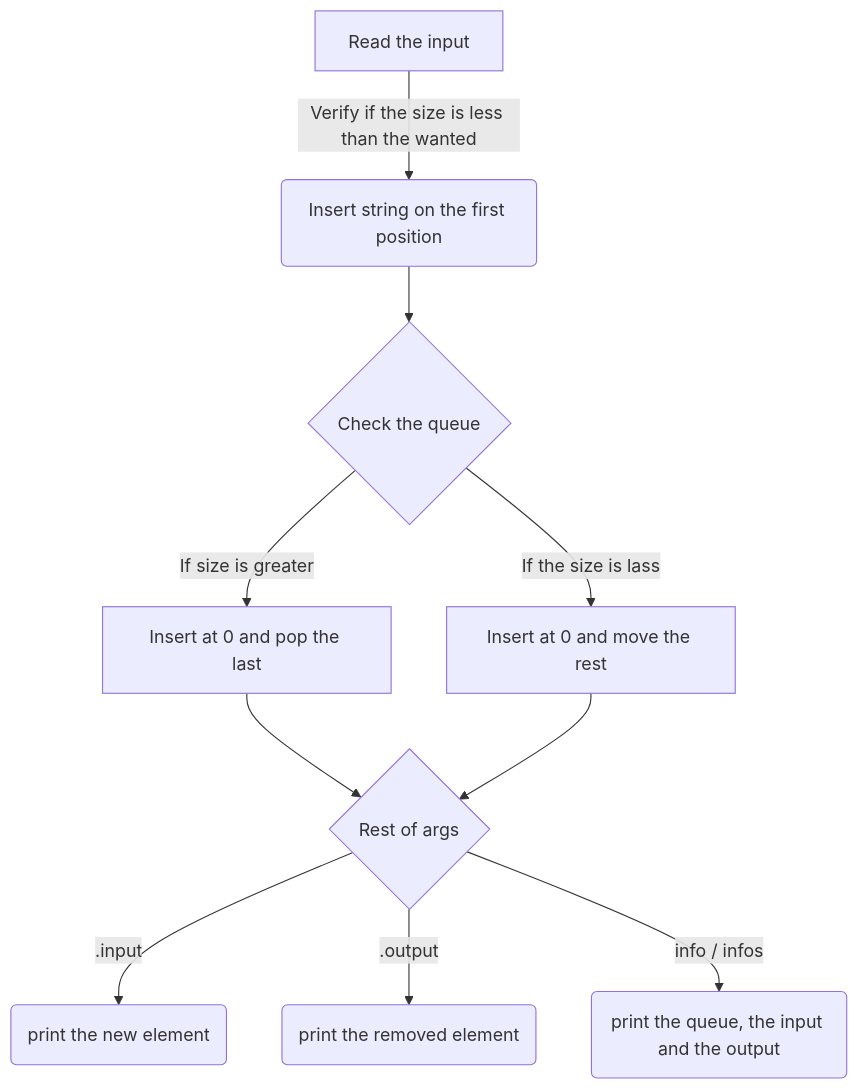
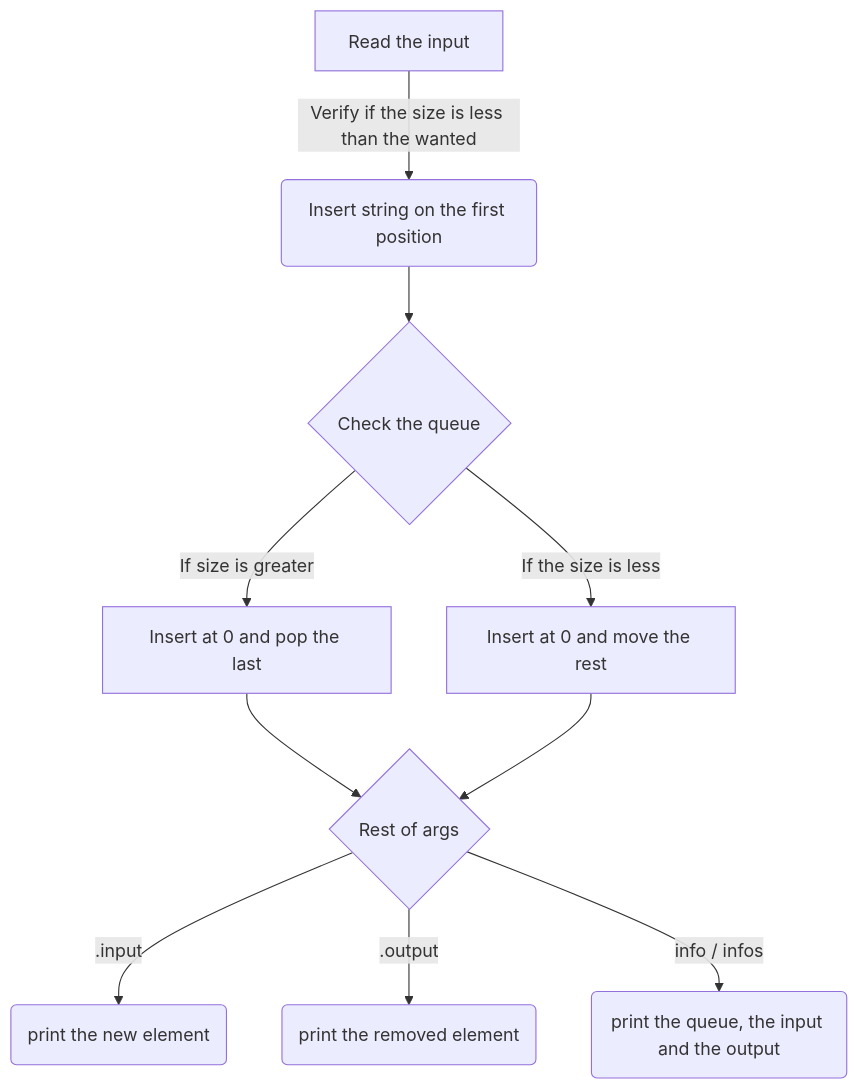
Before and after one commit to synnkfps/PyQueue: the diagram in README.md, drawn with Mermaid.

````diff
--- a/README.md
+++ b/README.md
@@ -30,13 +30,13 @@
 ```mermaid
 graph TD
     A[Read the input] -->|Verify if the size is less than the wanted|B(Insert string on the first position)
     B --> C{Check the queue}
-    C -->|If the size is lass|D[Insert at 0 and move the rest]
+    C -->|If the size is less|D[Insert at 0 and move the rest]
     C -->|If size is greater|E[Insert at 0 and pop the last]
     E --> F
     D --> F
     F{Rest of args}
     F --> |.input|H(print the new element)
     F --> |.output|G(print the removed element)
     F --> |info / infos|I(print the queue, the input and the output)
 ```
````
